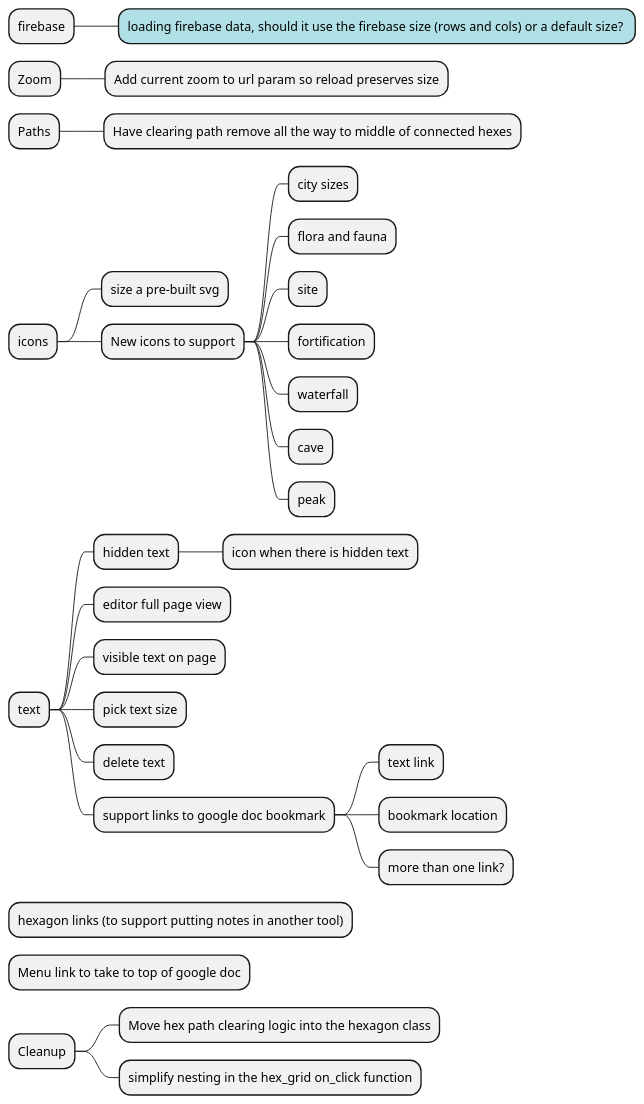
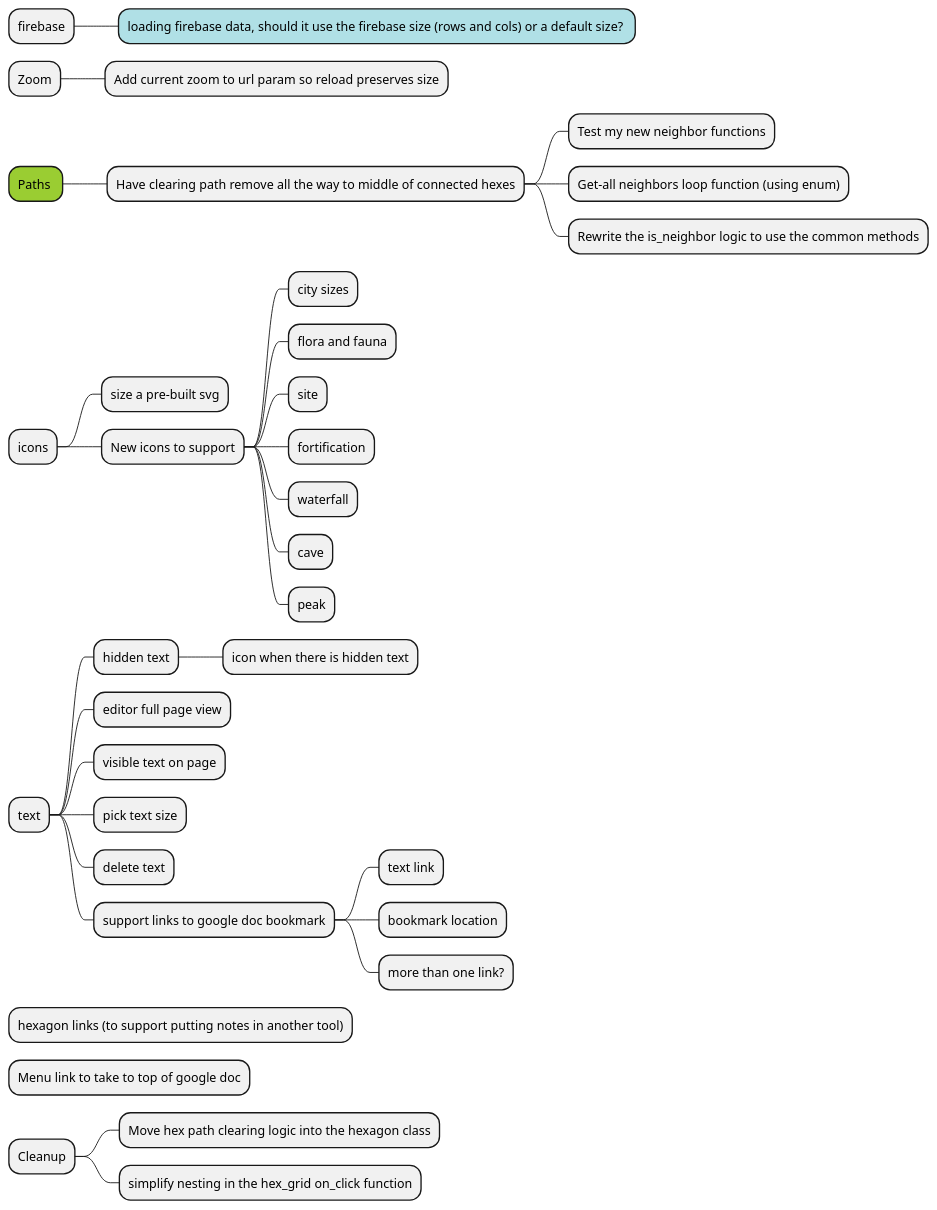
One commit to rpg-gen/rpg-gen.github.io changed the diagram in todo.puml. Above: the diagram before and after it, drawn with PlantUML. The commit also changed 10 other files, not shown here.

Commit message:
Working on path logic for neighbors

```diff
--- a/todo.puml
+++ b/todo.puml
@@ -1,86 +1,89 @@
 @startmindmap
 
 <style>
   MindmapDiagram {
 
     .bug {
       BackgroundColor: Crimson
       FontColor: White
     }
 
     .question {
       BackgroundColor: PowderBlue
     }
 
     .ready {
       BackgroundColor: YellowGreen
       FontColor: Black
     }
 
     .report {
       BackgroundColor: SlateGrey
       FontColor: White
     }
 
     .backlog * {
       BackgroundColor: Ivory
       FontColor: Grey
       LineColor: Lavender
     }
 
     .hold * {
       BackgroundColor: GoldenRod
       FontColor: Black
     }
 
     .priority {
       BackgroundColor: MediumVioletRed
       FontColor: White
     }
 
     .info * {
       BackgroundColor: LemonChiffon
     }
   }
 </style>
 
 * firebase
 ** loading firebase data, should it use the firebase size (rows and cols) or a default size? <<question>>
 
 * Zoom
 ** Add current zoom to url param so reload preserves size
 
-* Paths
+* Paths <<ready>>
 ** Have clearing path remove all the way to middle of connected hexes
+*** Test my new neighbor functions
+*** Get-all neighbors loop function (using enum)
+*** Rewrite the is_neighbor logic to use the common methods
 
 * icons
 ** size a pre-built svg
 ** New icons to support
 *** city sizes
 *** flora and fauna
 *** site
 *** fortification
 *** waterfall
 *** cave
 *** peak
 
 * text
 ** hidden text
 *** icon when there is hidden text
 ** editor full page view
 ** visible text on page
 ** pick text size
 ** delete text
 ** support links to google doc bookmark
 *** text link
 *** bookmark location
 *** more than one link?
 
 * hexagon links (to support putting notes in another tool)
 * Menu link to take to top of google doc
 
 * Cleanup
 ** Move hex path clearing logic into the hexagon class
 ** simplify nesting in the hex_grid on_click function
 
 @endmindmap
```
